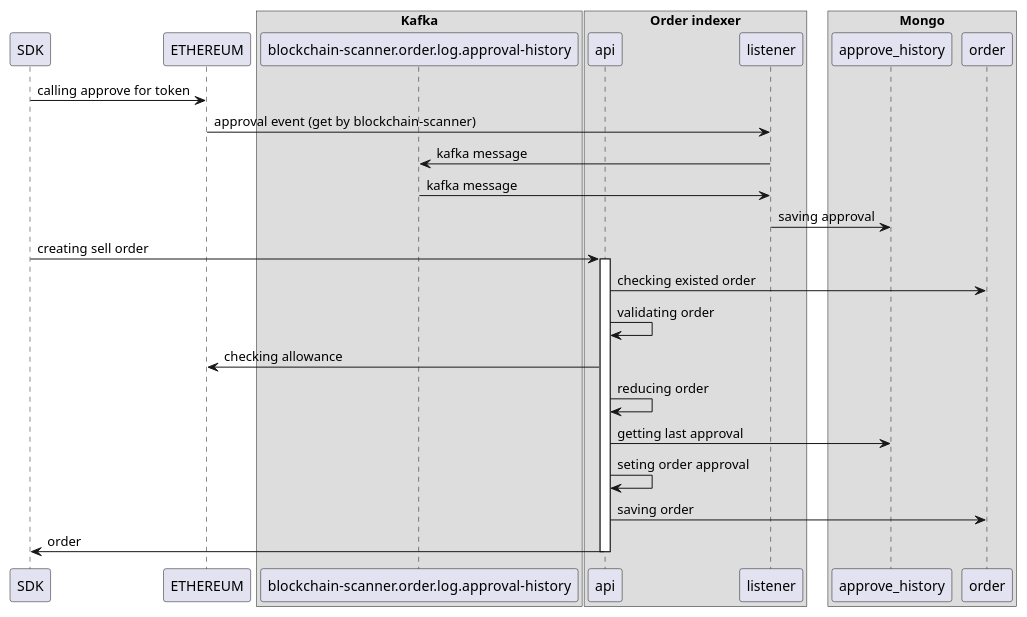
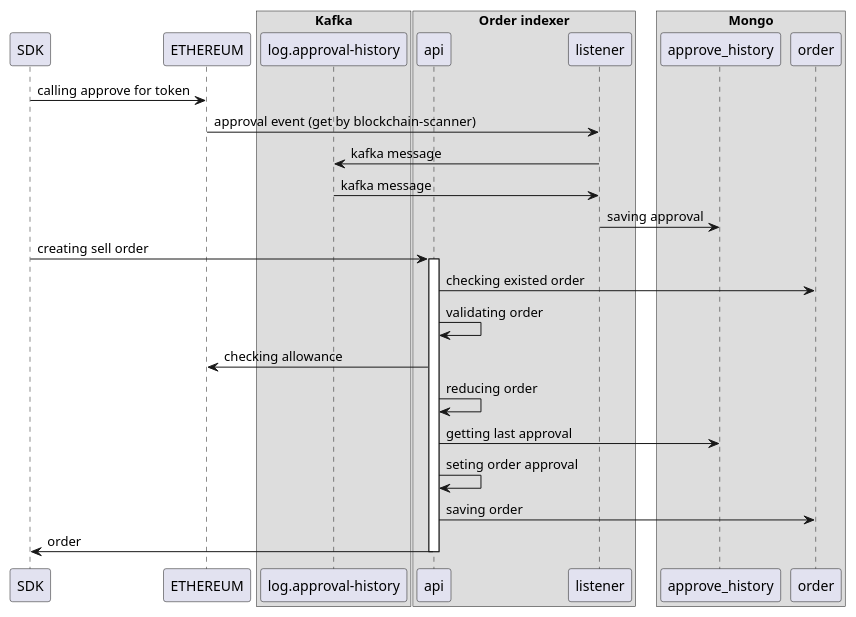
Before and after one commit to rarible/ethereum-indexer-public: the diagram in docs/diagrams/puml/sell_order_creating.puml, drawn with PlantUML. The commit also changed 7 other files, not shown here.

```diff
--- a/docs/diagrams/puml/sell_order_creating.puml
+++ b/docs/diagrams/puml/sell_order_creating.puml
@@ -1,34 +1,34 @@
 @startuml
 
 SDK -> ETHEREUM: calling approve for token
 ETHEREUM -> listener: approval event (get by blockchain-scanner)
-listener -> "blockchain-scanner.order.log.approval-history" : kafka message
-"blockchain-scanner.order.log.approval-history" -> listener: kafka message
+listener -> "log.approval-history" : kafka message
+"log.approval-history" -> listener: kafka message
 listener -> approve_history: saving approval
 SDK -> api: creating sell order
 activate api
 api -> order: checking existed order
 api -> api: validating order
 api -> ETHEREUM: checking allowance
 api -> api: reducing order
 api -> approve_history: getting last approval
 api -> api: seting order approval
 api -> order: saving order
 api -> SDK: order
 deactivate api
 
 box "Kafka"
-participant "blockchain-scanner.order.log.approval-history"
+participant "log.approval-history"
 end box
 
 box "Order indexer"
 participant api
 participant listener
 end box
 
 box "Mongo"
 participant approve_history
 participant order
 end box
 
 @enduml
```
